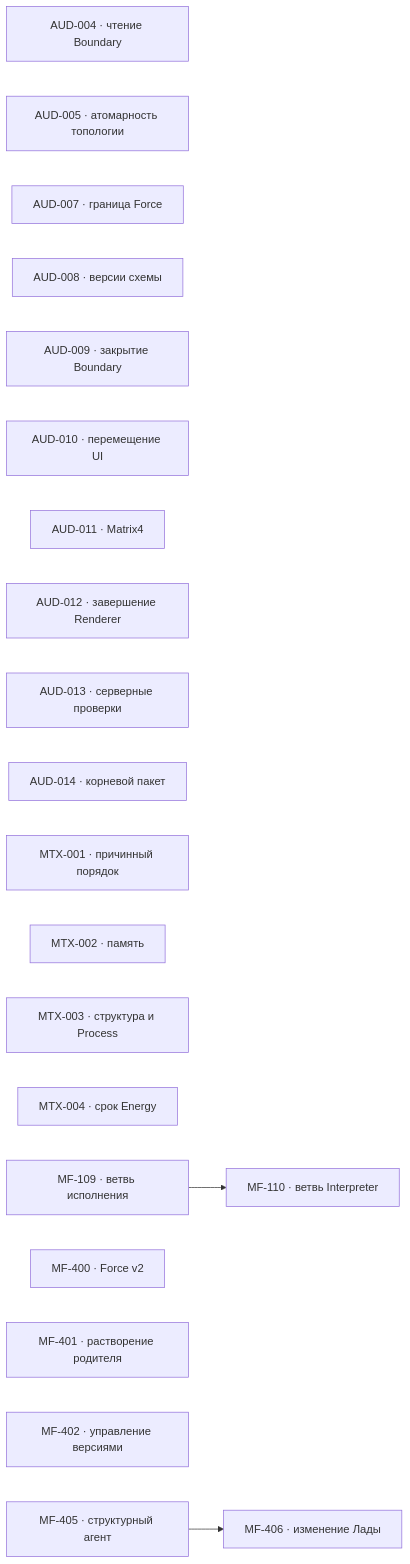
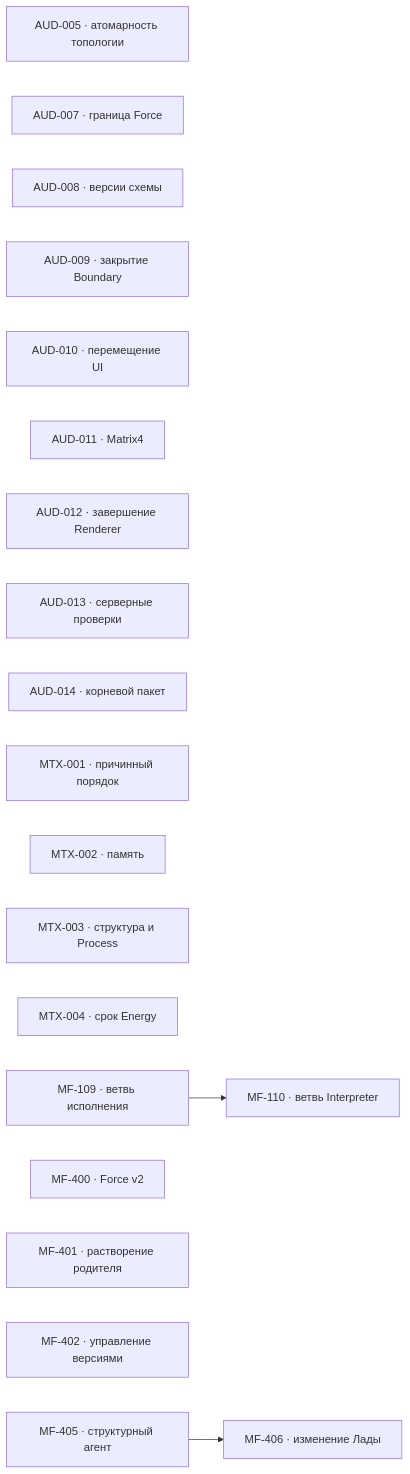
The diagram in project/TODO.md (zavx0z/metafor), drawn with Mermaid before and after one commit. The commit also changed other lines of this file and 1 other file, not shown here.

Commit message:
docs(project): close AUD-004

````diff
--- a/project/TODO.md
+++ b/project/TODO.md
@@ -13,26 +13,25 @@
 ```mermaid
 flowchart LR
-    AUD004["AUD-004 · чтение Boundary"]
     AUD005["AUD-005 · атомарность топологии"]
     AUD007["AUD-007 · граница Force"]
     AUD008["AUD-008 · версии схемы"]
     AUD009["AUD-009 · закрытие Boundary"]
     AUD010["AUD-010 · перемещение UI"]
     AUD011["AUD-011 · Matrix4"]
     AUD012["AUD-012 · завершение Renderer"]
     AUD013["AUD-013 · серверные проверки"]
     AUD014["AUD-014 · корневой пакет"]
     MTX001["MTX-001 · причинный порядок"]
     MTX002["MTX-002 · память"]
     MTX003["MTX-003 · структура и Process"]
     MTX004["MTX-004 · срок Energy"]
     MF109["MF-109 · ветвь исполнения"]
     MF110["MF-110 · ветвь Interpreter"]
     MF400["MF-400 · Force v2"]
     MF401["MF-401 · растворение родителя"]
     MF402["MF-402 · управление версиями"]
     MF405["MF-405 · структурный агент"]
     MF406["MF-406 · изменение Лады"]
     MF109 --> MF110
     MF405 --> MF406
 ```
````
